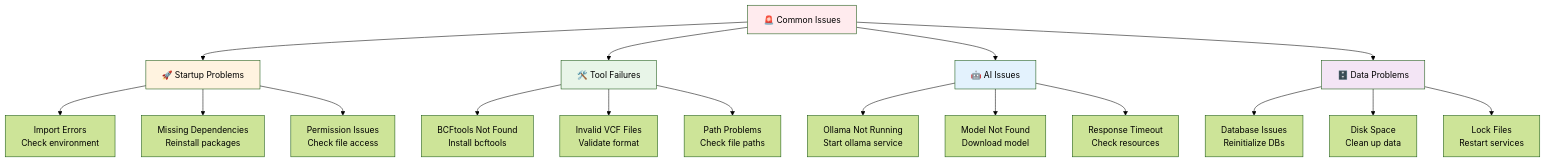
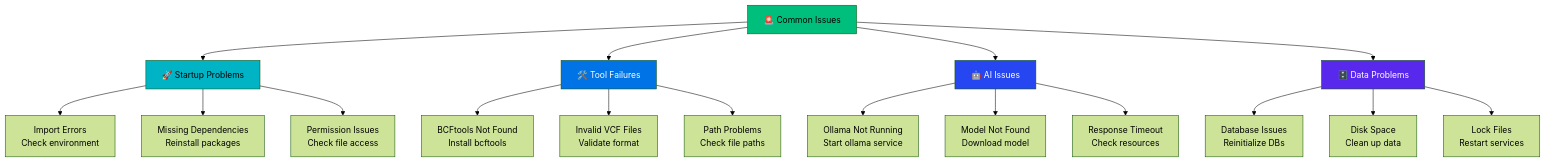
One commit to elementalcollision/vcf_analysis changed the eighth of 13 diagrams in README.md. Above: the diagram before and after it, drawn with Mermaid (forest theme). The commit also changed other lines of this file and 1 other file, not shown here.

````diff
--- a/README.md
+++ b/README.md
@@ -605,29 +622,29 @@
 ```mermaid
 flowchart TD
     ISSUE[🚨 Common Issues] --> STARTUP[🚀 Startup Problems]
     ISSUE --> TOOLS[🛠️ Tool Failures]
     ISSUE --> AI[🤖 AI Issues]
     ISSUE --> DATA[🗄️ Data Problems]
     
     STARTUP --> IMPORT[Import Errors<br/>Check environment]
     STARTUP --> DEPS[Missing Dependencies<br/>Reinstall packages]
     STARTUP --> PERMS[Permission Issues<br/>Check file access]
     
     TOOLS --> BCFTOOLS_MISSING[BCFtools Not Found<br/>Install bcftools]
     TOOLS --> VCF_INVALID[Invalid VCF Files<br/>Validate format]
     TOOLS --> PATH_ISSUES[Path Problems<br/>Check file paths]
     
     AI --> OLLAMA_DOWN[Ollama Not Running<br/>Start ollama service]
     AI --> MODEL_MISSING[Model Not Found<br/>Download model]
     AI --> TIMEOUT[Response Timeout<br/>Check resources]
     
     DATA --> DB_CORRUPT[Database Issues<br/>Reinitialize DBs]
     DATA --> DISK_SPACE[Disk Space<br/>Clean up data]
     DATA --> LOCK_FILES[Lock Files<br/>Restart services]
     
-    style ISSUE fill:#ffebee
-    style STARTUP fill:#fff3e0
-    style TOOLS fill:#e8f5e8
-    style AI fill:#e3f2fd
-    style DATA fill:#f3e5f5
+    style ISSUE fill:#00bf7d,color:#000000
+    style STARTUP fill:#00b4c5,color:#000000
+    style TOOLS fill:#0073e6,color:#ffffff
+    style AI fill:#2546f0,color:#ffffff
+    style DATA fill:#5928ed,color:#ffffff
 ```
````
